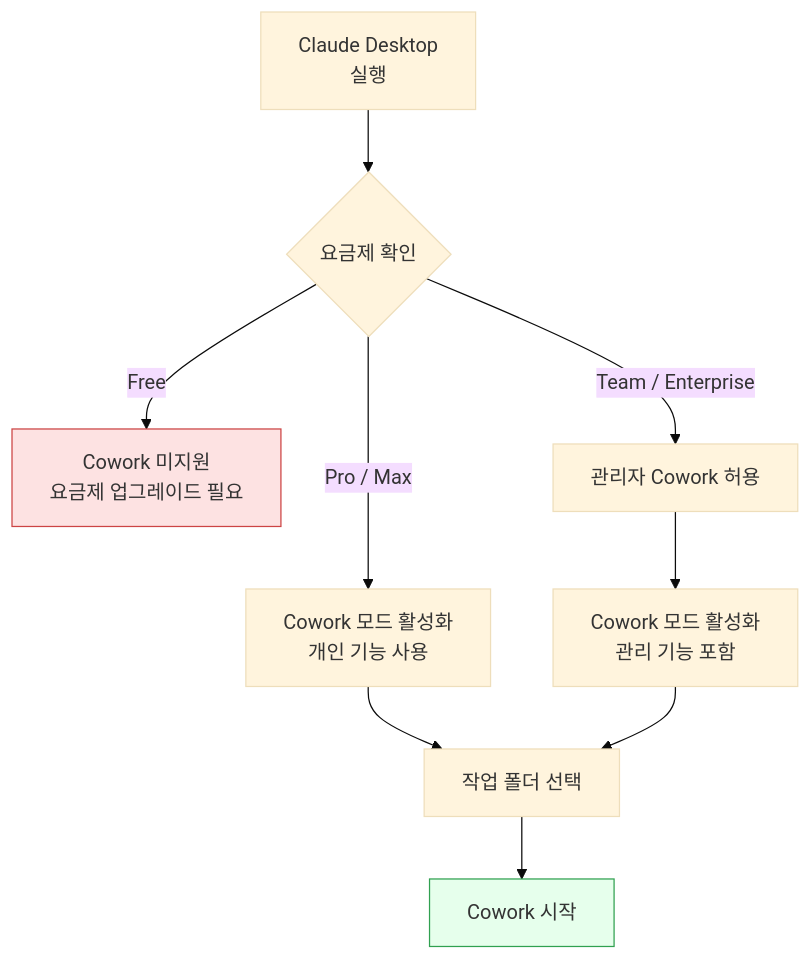
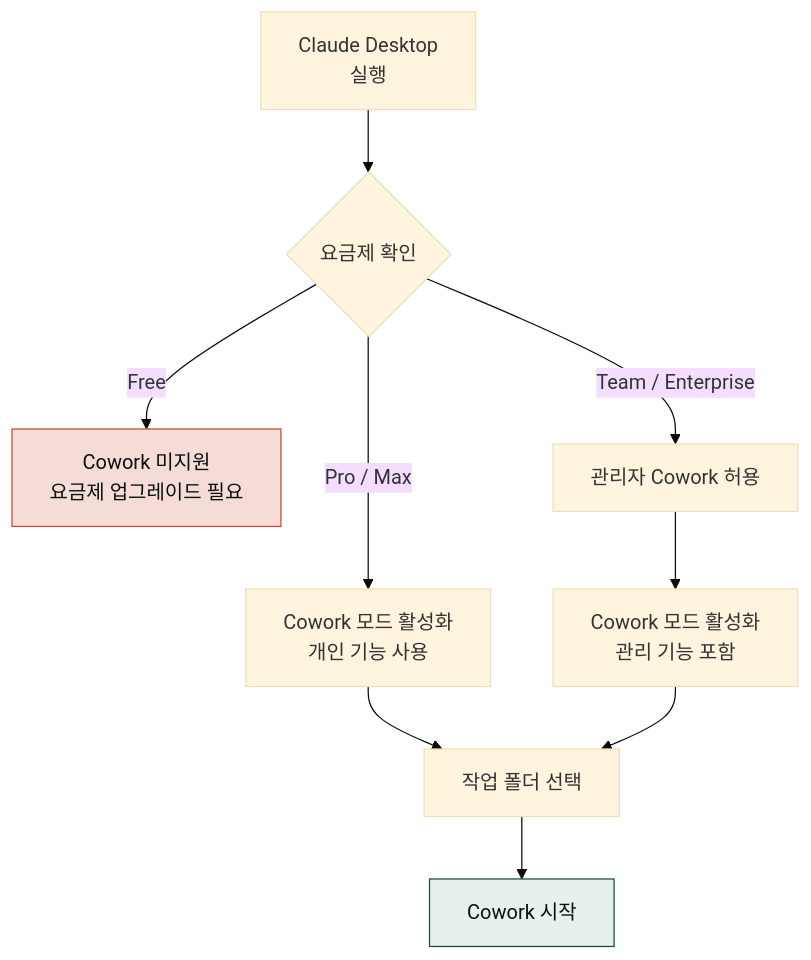
Before and after one commit to modu-ai/claude: the diagram in content/cowork/install.md, drawn with Mermaid (base theme). The commit also changed 97 other files, not shown here.

First line of the commit message:
style(docs-site): mermaid 색상 브랜드 정합 + 라이트 테마 단일화

````diff
--- a/content/cowork/install.md
+++ b/content/cowork/install.md
@@ -11,14 +11,14 @@
 ```mermaid
 flowchart TD
     A["Claude Desktop<br/>실행"] --> B{"요금제 확인"}
     B -- "Free" --> C["Cowork 미지원<br/>요금제 업그레이드 필요"]
     B -- "Pro / Max" --> D["Cowork 모드 활성화<br/>개인 기능 사용"]
     B -- "Team / Enterprise" --> E["관리자 Cowork 허용"]
     E --> F["Cowork 모드 활성화<br/>관리 기능 포함"]
     D --> G["작업 폴더 선택"]
     F --> G
     G --> H["Cowork 시작"]
 
-    style C fill:#fde2e2,stroke:#c44
-    style H fill:#e6ffec,stroke:#30a050
+    style C fill:#f5dcd7,stroke:#c44a3a,color:#09110f
+    style H fill:#e6f0ef,stroke:#144a46,color:#09110f
 ```
````
